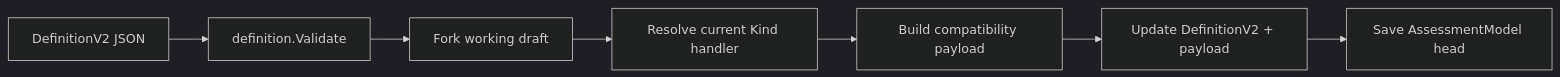
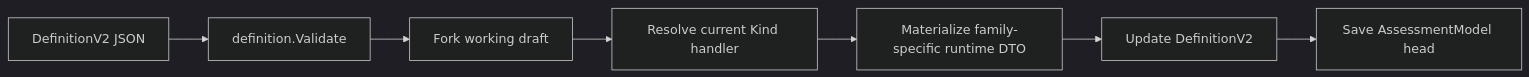
One commit to FangcunMount/qs-server changed the first of 3 diagrams in docs/02-业务模块/20-model-catalog/20-核心设计-DefinitionV2与模型扩展.md. Above: the diagram before and after it, drawn with Mermaid (dark theme). The commit also changed other lines of this file and 437 other files, not shown here.

Commit message:
refactor(model): 收尾 MC-R017/MC-R018 在 ModelCatalog → Evaluation → Outcome 链路中的兼容债务： 不迁移、回填旧 Assessment 或旧 ModelCatalog 数据； 删除不符合新契约的数据后重新导入、发布； 不保留 v1 快照、旧 payload、旧格式 decoder、运行时 fallback； 内部仍可由 DefinitionV2 投影临时计算 DTO，但不得持久化或暴露 compatibility payload。

````diff
--- a/docs/02-业务模块/20-model-catalog/20-核心设计-DefinitionV2与模型扩展.md
+++ b/docs/02-业务模块/20-model-catalog/20-核心设计-DefinitionV2与模型扩展.md
@@ -396,12 +378,12 @@
 ```mermaid
 flowchart LR
     J["DefinitionV2 JSON"]
     V["definition.Validate"]
     F["Fork working draft"]
     H["Resolve current Kind handler"]
-    B["Build compatibility payload"]
-    U["Update DefinitionV2 + payload"]
+    B["Materialize family-specific runtime DTO"]
+    U["Update DefinitionV2"]
     M["Save AssessmentModel head"]
 
     J --> V --> F --> H --> B --> U --> M
 ```
````
